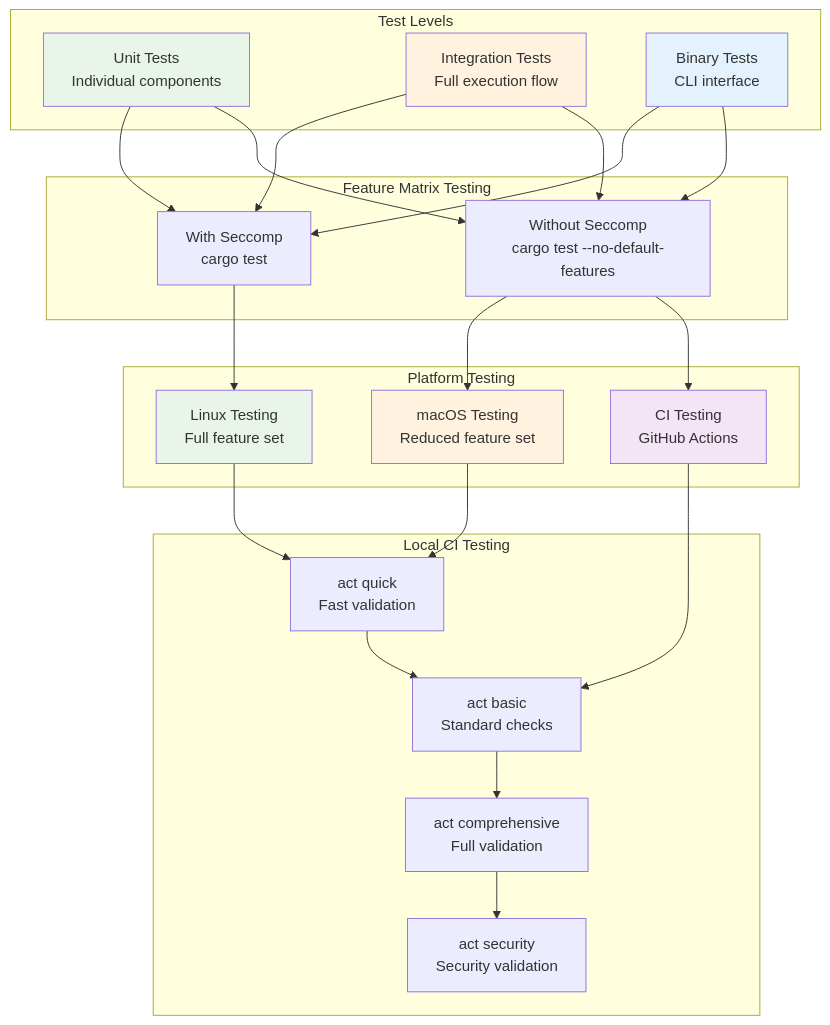
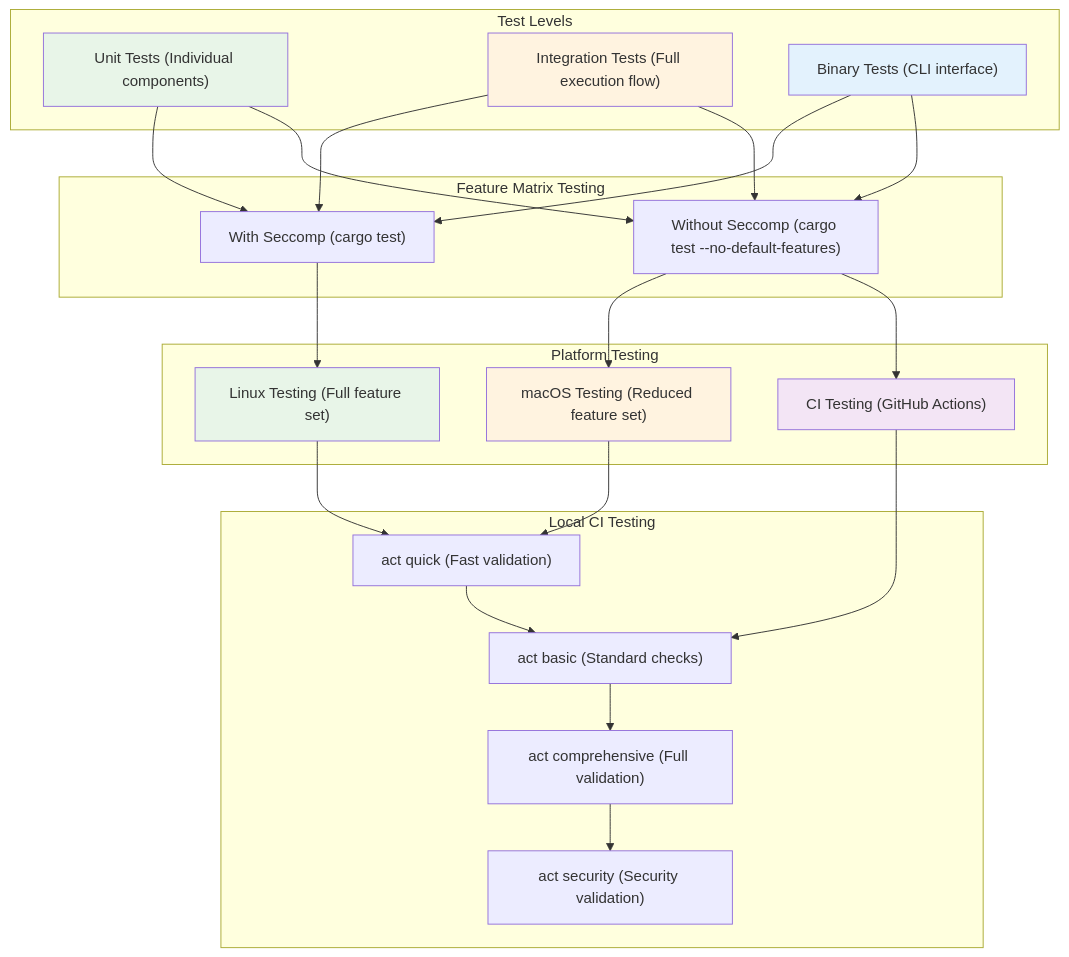
Before and after one commit to haasonsaas/capsule-run: the seventh of 7 diagrams in docs/architecture-diagrams.md, drawn with Mermaid. The commit also changed other lines of this file, not shown here.

First line of the commit message:
Fix Mermaid syntax errors in architecture diagrams

````diff
--- a/docs/architecture-diagrams.md
+++ b/docs/architecture-diagrams.md
@@ -392,52 +392,52 @@
 ```mermaid
 graph TB
     subgraph "Test Levels"
-        UnitTests[Unit Tests<br/>Individual components]
-        IntegrationTests[Integration Tests<br/>Full execution flow]
-        BinaryTests[Binary Tests<br/>CLI interface]
+        UnitTests["Unit Tests (Individual components)"]
+        IntegrationTests["Integration Tests (Full execution flow)"]
+        BinaryTests["Binary Tests (CLI interface)"]
     end
     
     subgraph "Feature Matrix Testing"
-        WithSeccomp[With Seccomp<br/>cargo test]
-        WithoutSeccomp[Without Seccomp<br/>cargo test --no-default-features]
+        WithSeccomp["With Seccomp (cargo test)"]
+        WithoutSeccomp["Without Seccomp (cargo test --no-default-features)"]
     end
     
     subgraph "Platform Testing"
-        LinuxTesting[Linux Testing<br/>Full feature set]
-        MacOSTesting[macOS Testing<br/>Reduced feature set]
-        CITesting[CI Testing<br/>GitHub Actions]
+        LinuxTesting["Linux Testing (Full feature set)"]
+        MacOSTesting["macOS Testing (Reduced feature set)"]
+        CITesting["CI Testing (GitHub Actions)"]
     end
     
     subgraph "Local CI Testing"
-        ActQuick[act quick<br/>Fast validation]
-        ActBasic[act basic<br/>Standard checks]
-        ActComprehensive[act comprehensive<br/>Full validation]
-        ActSecurity[act security<br/>Security validation]
+        ActQuick["act quick (Fast validation)"]
+        ActBasic["act basic (Standard checks)"]
+        ActComprehensive["act comprehensive (Full validation)"]
+        ActSecurity["act security (Security validation)"]
     end
     
     UnitTests --> WithSeccomp
     UnitTests --> WithoutSeccomp
     IntegrationTests --> WithSeccomp
     IntegrationTests --> WithoutSeccomp
     BinaryTests --> WithSeccomp
     BinaryTests --> WithoutSeccomp
     
     WithSeccomp --> LinuxTesting
     WithoutSeccomp --> MacOSTesting
     WithoutSeccomp --> CITesting
     
     LinuxTesting --> ActQuick
     MacOSTesting --> ActQuick
     CITesting --> ActBasic
     
     ActQuick --> ActBasic
     ActBasic --> ActComprehensive
     ActComprehensive --> ActSecurity
     
     style UnitTests fill:#e8f5e8
     style IntegrationTests fill:#fff3e0
     style BinaryTests fill:#e3f2fd
     style LinuxTesting fill:#e8f5e8
     style MacOSTesting fill:#fff3e0
     style CITesting fill:#f3e5f5
 ```
````
